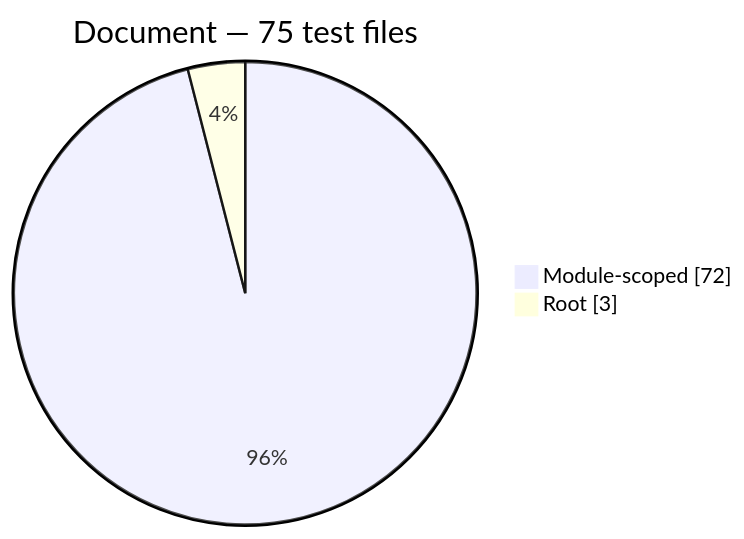
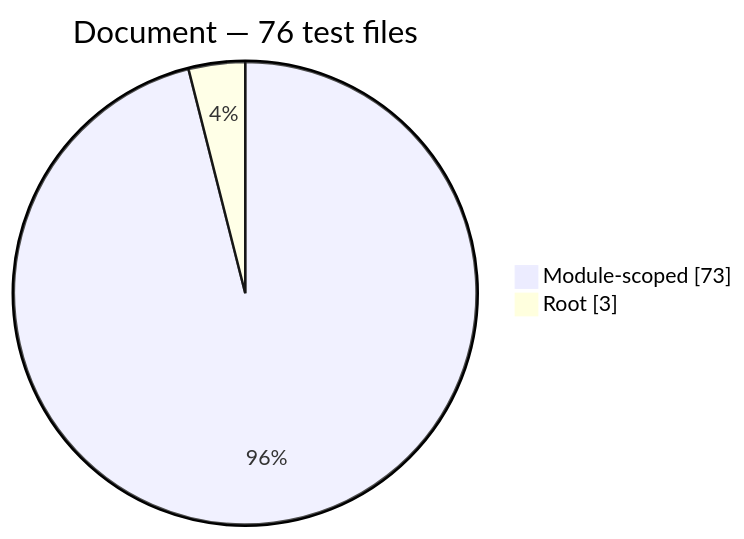
One commit to Mohammed-Alama/php-arazzo changed the fourth of 9 diagrams in docs/generated/test-composition.md. Above: the diagram before and after it, drawn with Mermaid. The commit also changed other lines of this file and 15 other files, not shown here.

````diff
--- a/docs/generated/test-composition.md
+++ b/docs/generated/test-composition.md
@@ -56,6 +56,6 @@
 ```mermaid
 pie showData
-    title Document — 75 test files
-    "Module-scoped": 72
+    title Document — 76 test files
+    "Module-scoped": 73
     "Root": 3
 ```
````
